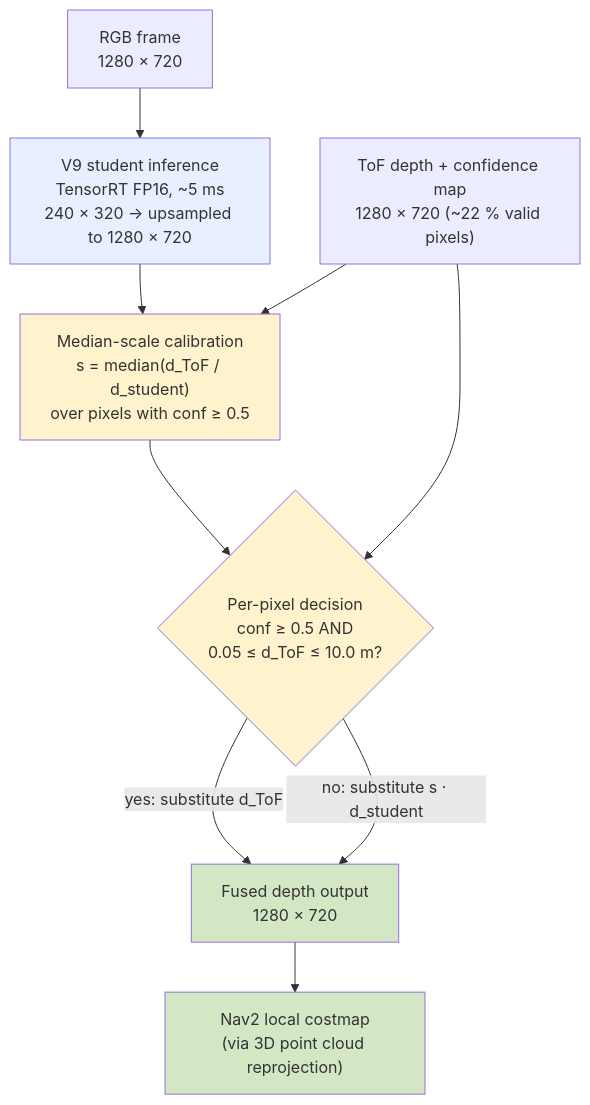
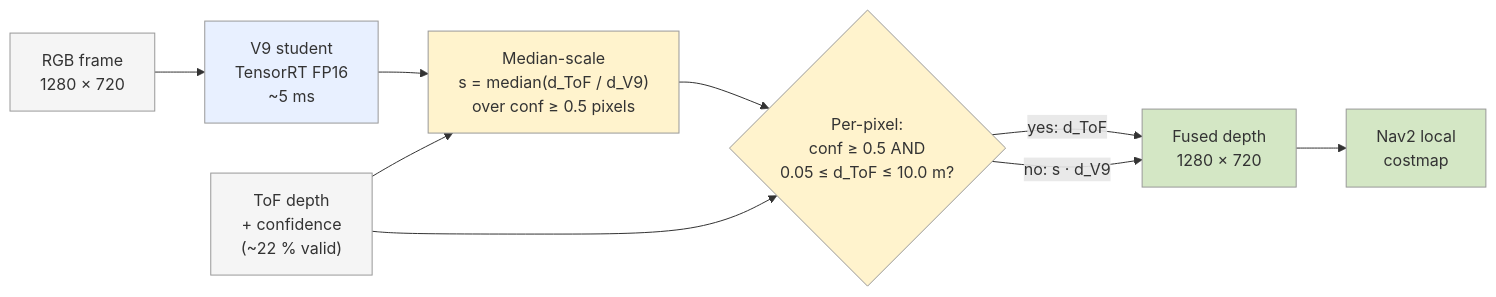
Before and after one commit to Nishant-ZFYII/ml_inference: the third of 4 diagrams in docs/architecture.md, drawn with Mermaid. The commit also changed other lines of this file, not shown here.

```diff
--- a/docs/architecture.md
+++ b/docs/architecture.md
@@ -93,29 +73,22 @@
 <div class="mermaid">
-flowchart TB
-    RGB["RGB frame<br/>1280 × 720"]
-    TOF["ToF depth + confidence map<br/>1280 × 720 (~22 % valid pixels)"]
+flowchart LR
+    RGB["RGB frame<br/>1280 × 720"]:::input
+    TOF["ToF depth<br/>+ confidence<br/>(~22 % valid)"]:::input
+    STUDENT["V9 student<br/>TensorRT FP16<br/>~5 ms"]:::block
+    SCALE["Median-scale<br/>s = median(d_ToF / d_V9)<br/>over conf ≥ 0.5 pixels"]:::calib
+    GATE{"Per-pixel:<br/>conf ≥ 0.5 AND<br/>0.05 ≤ d_ToF ≤ 10.0 m?"}:::calib
+    FUSED["Fused depth<br/>1280 × 720"]:::output
+    NAV["Nav2 local<br/>costmap"]:::output
 
-    STUDENT["V9 student inference<br/>TensorRT FP16, ~5 ms<br/>240 × 320 → upsampled to 1280 × 720"]
-
-    SCALE["Median-scale calibration<br/>s = median(d_ToF / d_student)<br/>over pixels with conf ≥ 0.5"]
-
-    GATE{"Per-pixel decision<br/>conf ≥ 0.5 AND<br/>0.05 ≤ d_ToF ≤ 10.0 m?"}
-
-    FUSED["Fused depth output<br/>1280 × 720"]
-    NAV["Nav2 local costmap<br/>(via 3D point cloud reprojection)"]
-
-    RGB --> STUDENT
-    STUDENT --> SCALE
+    RGB --> STUDENT --> SCALE --> GATE
     TOF --> SCALE
-    SCALE --> GATE
     TOF --> GATE
-    GATE -->|"yes: substitute d_ToF"| FUSED
-    GATE -->|"no: substitute s · d_student"| FUSED
+    GATE -->|yes: d_ToF| FUSED
+    GATE -->|no: s · d_V9| FUSED
     FUSED --> NAV
 
-    style STUDENT fill:#e8f0ff
-    style SCALE fill:#fff3cd
-    style GATE fill:#fff3cd
-    style FUSED fill:#d4e7c5
-    style NAV fill:#d4e7c5
+    classDef input fill:#f5f5f5,stroke:#999
+    classDef block fill:#e8f0ff,stroke:#999
+    classDef calib fill:#fff3cd,stroke:#999
+    classDef output fill:#d4e7c5,stroke:#999
 </div>
```
